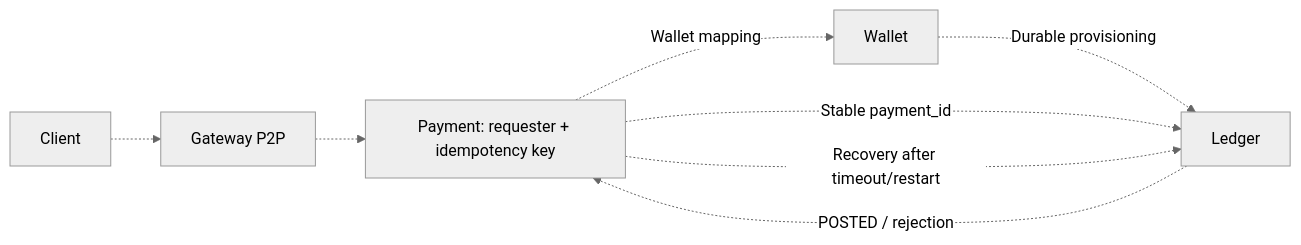
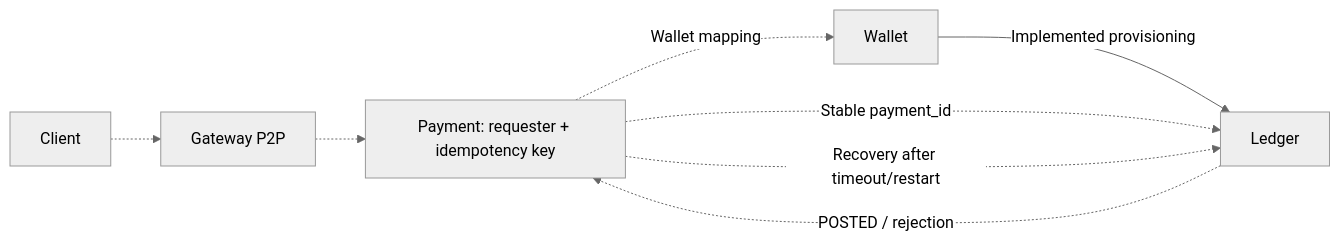
One commit to aarbabaev/ArMoney changed the eighth of 12 diagrams in ARCHITECTURE.md. Above: the diagram before and after it, drawn with Mermaid (neutral theme). The commit also changed other lines of this file and 32 other files, not shown here.

Commit message:
Provision ledger accounts from durable wallet claims

````diff
--- a/ARCHITECTURE.md
+++ b/ARCHITECTURE.md
@@ -244,10 +292,10 @@
 ```mermaid
 flowchart LR
     C["Client"] -.-> G["Gateway P2P"]
     G -.-> P["Payment: requester + idempotency key"]
     P -. "Wallet mapping" .-> W["Wallet"]
-    W -. "Durable provisioning" .-> L["Ledger"]
+    W -->|"Implemented provisioning"| L["Ledger"]
     P -. "Stable payment_id" .-> L
     L -. "POSTED / rejection" .-> P
     P -. "Recovery after timeout/restart" .-> L
 ```
````
